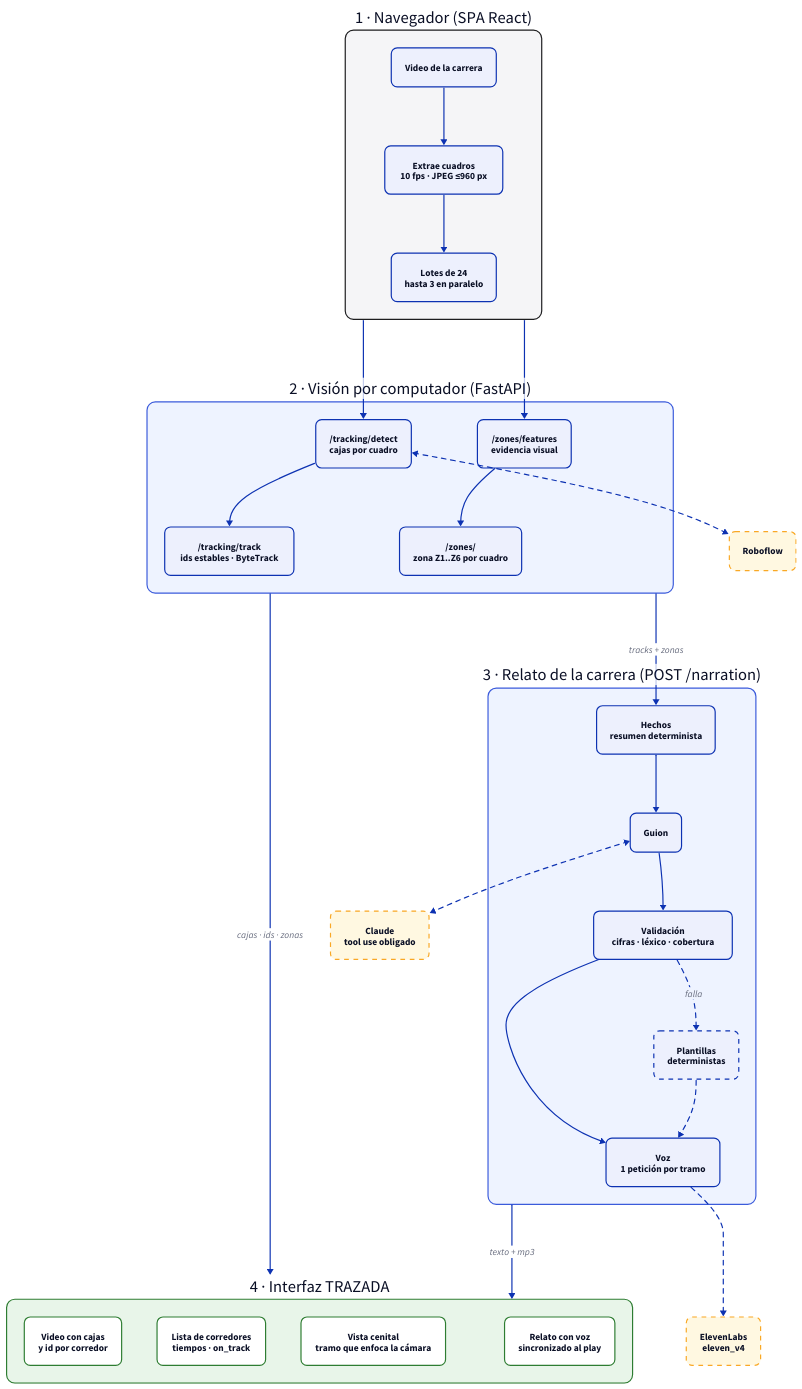
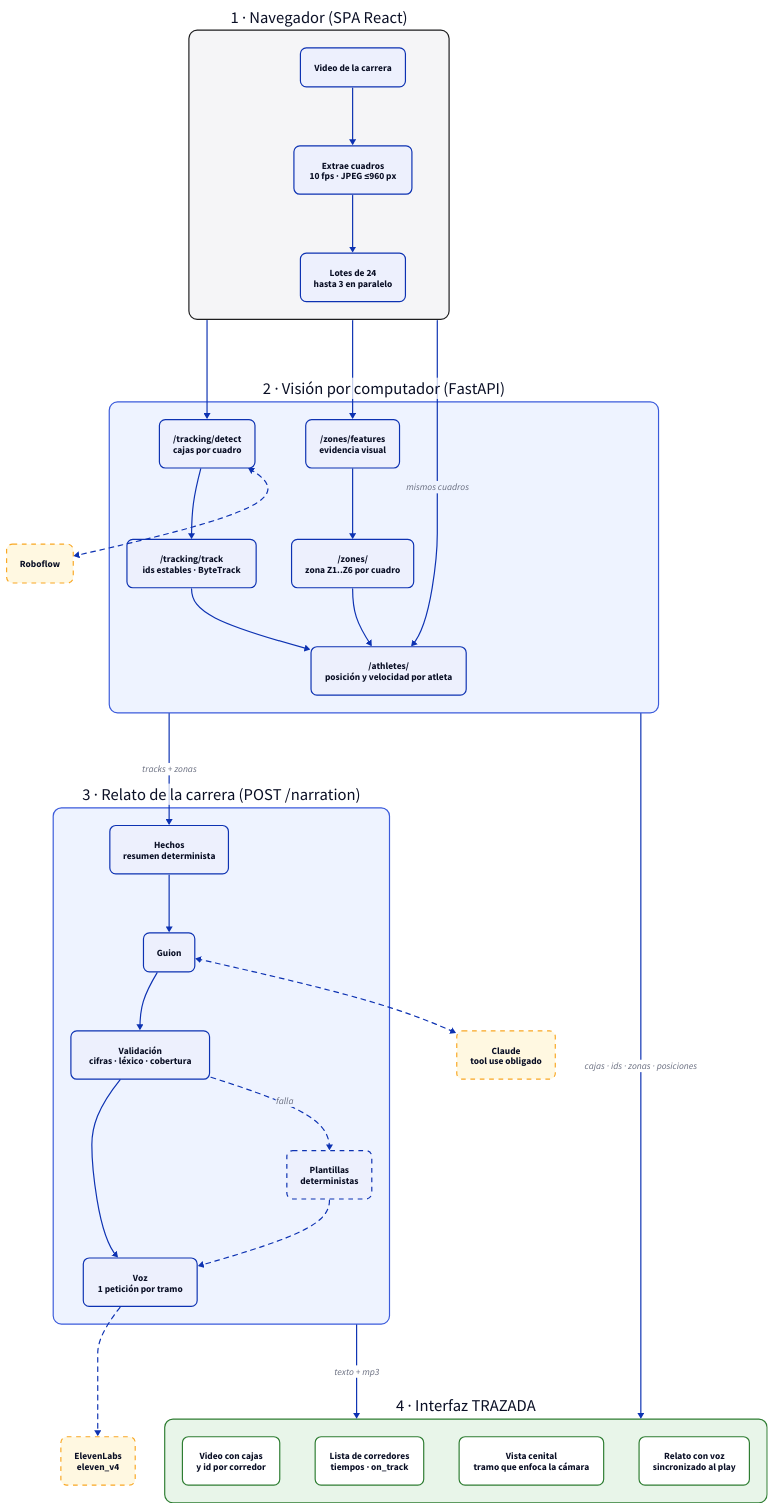
One commit to platanus-hack/platanus-hack-26-cl-team-23 changed the diagram in docs/flow.d2. Above: the diagram before and after it, drawn with D2. The commit also changed 7 other files, not shown here.

First line of the commit message:
Add new documentation for coordinates, flow, and technology diagrams

```diff
--- a/docs/flow.d2
+++ b/docs/flow.d2
@@ -1,96 +1,100 @@
 vars: {
   d2-config: {
     layout-engine: dagre
     theme-id: 0
     pad: 40
   }
 }
 
 direction: down
 
 classes: {
   box: {
     style: {
       border-radius: 10
       stroke-width: 2
     }
   }
   ext: {
     style: {
       border-radius: 10
       stroke-dash: 4
       fill: "#FFF8E1"
       stroke: "#F9A825"
     }
   }
   out: {
     style: {
       border-radius: 10
       fill: "#FFFFFF"
       stroke: "#2E7D32"
     }
   }
 }
 
 spa: "1 · Navegador (SPA React)" {
   style.fill: "#F5F5F7"
   style.stroke: "#1D1D1F"
   style.border-radius: 14
 
   video: "Video de la carrera" {class: box}
   frames: "Extrae cuadros\n10 fps · JPEG ≤960 px" {class: box}
   batches: "Lotes de 24\nhasta 3 en paralelo" {class: box}
   video -> frames -> batches
 }
 
 cv: "2 · Visión por computador (FastAPI)" {
   style.fill: "#EEF3FF"
   style.stroke: "#3B5BDB"
   style.border-radius: 14
 
   detect: "/tracking/detect\ncajas por cuadro" {class: box}
   track: "/tracking/track\nids estables · ByteTrack" {class: box}
   features: "/zones/features\nevidencia visual" {class: box}
   zones: "/zones/\nzona Z1..Z6 por cuadro" {class: box}
+  athletes: "/athletes/\nposición y velocidad por atleta" {class: box}
   detect -> track
   features -> zones
+  track -> athletes
+  zones -> athletes
 }
 
 story: "3 · Relato de la carrera (POST /narration)" {
   style.fill: "#EEF3FF"
   style.stroke: "#3B5BDB"
   style.border-radius: 14
 
   facts: "Hechos\nresumen determinista" {class: box}
   script: "Guion" {class: box}
   check: "Validación\ncifras · léxico · cobertura" {class: box}
   voice: "Voz\n1 petición por tramo" {class: box}
   templates: "Plantillas\ndeterministas" {class: box; style.stroke-dash: 4}
   facts -> script -> check -> voice
   check -> templates: "falla" {style.stroke-dash: 4}
   templates -> voice {style.stroke-dash: 4}
 }
 
 ui: "4 · Interfaz TRAZADA" {
   style.fill: "#E8F5E9"
   style.stroke: "#2E7D32"
   style.border-radius: 14
 
   boxes: "Video con cajas\ny id por corredor" {class: out}
   list: "Lista de corredores\ntiempos · on_track" {class: out}
   cenital: "Vista cenital\ntramo que enfoca la cámara" {class: out}
   voz: "Relato con voz\nsincronizado al play" {class: out}
 }
 
 roboflow: "Roboflow" {class: ext}
 claude: "Claude\ntool use obligado" {class: ext}
 eleven: "ElevenLabs\neleven_v4" {class: ext}
 
 spa -> cv.detect
 spa -> cv.features
+spa -> cv.athletes: "mismos cuadros"
 cv.detect <-> roboflow: {style.stroke-dash: 4}
 cv -> story.facts: "tracks + zonas"
 story.script <-> claude: {style.stroke-dash: 4}
 story.voice -> eleven: {style.stroke-dash: 4}
-cv -> ui: "cajas · ids · zonas"
+cv -> ui: "cajas · ids · zonas · posiciones"
 story -> ui: "texto + mp3"
```
